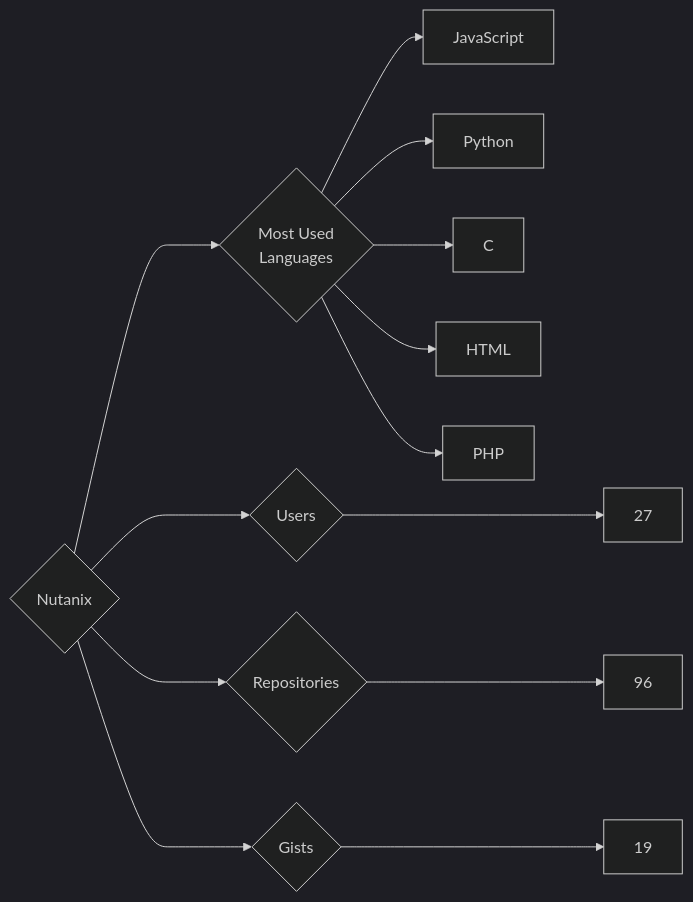
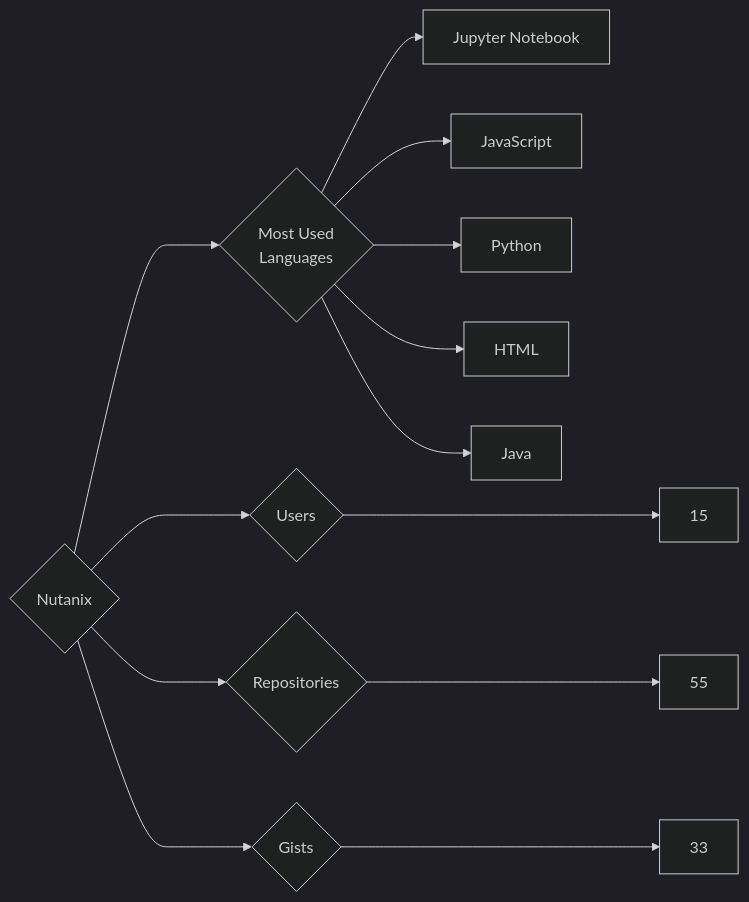
Before and after one commit to trickest/insiders: the diagram in targets/Nutanix/README.md, drawn with Mermaid (dark theme). The commit also changed 815 other files, not shown here.

````diff
--- a/targets/Nutanix/README.md
+++ b/targets/Nutanix/README.md
@@ -3,13 +3,13 @@
 ```mermaid
 graph LR
 COMPANY_NAME{Nutanix}
-COMPANY_NAME ---> U{Users} ---> UN[27]
-COMPANY_NAME ---> R{Repositories} ---> RN[96]
-COMPANY_NAME ---> G{Gists} ---> GN[19]
+COMPANY_NAME ---> U{Users} ---> UN[15]
+COMPANY_NAME ---> R{Repositories} ---> RN[55]
+COMPANY_NAME ---> G{Gists} ---> GN[33]
 COMPANY_NAME ---> ML{Most Used<br>Languages}
+ML --> Jupyter_Notebook[Jupyter Notebook]
 ML --> JavaScript[JavaScript]
 ML --> Python[Python]
-ML --> C[C]
 ML --> HTML[HTML]
-ML --> PHP[PHP]
+ML --> Java[Java]
 ```
````
